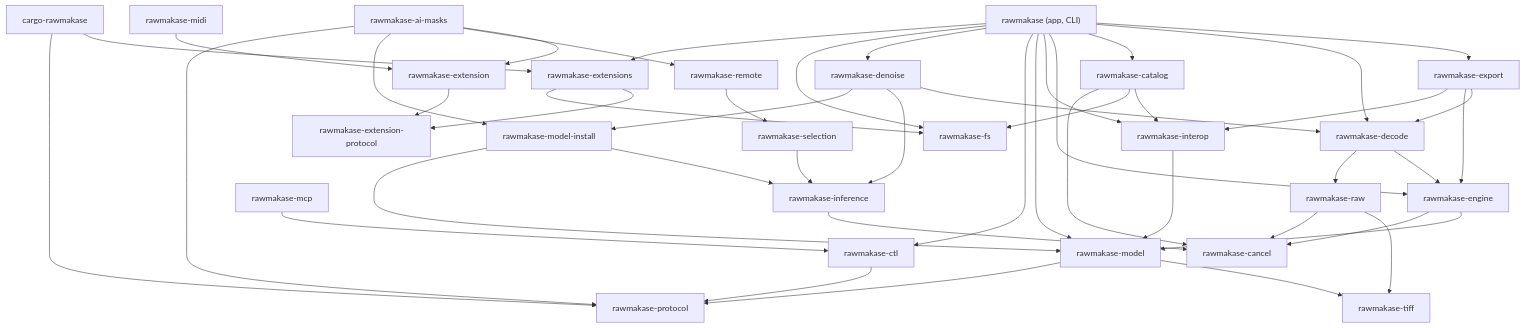
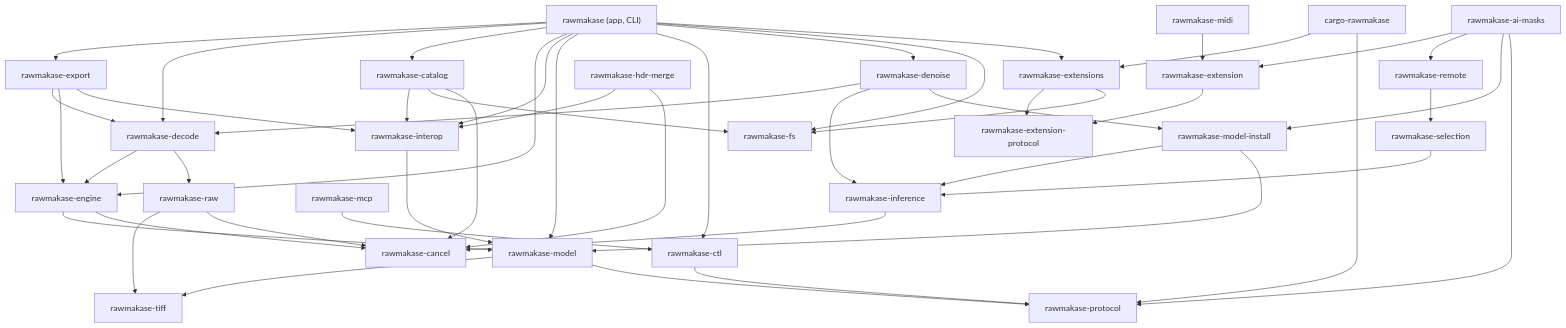
The diagram in docs/architecture.md (pch/rawmakase), drawn with Mermaid before and after one commit. The commit also changed other lines of this file and 14 other files, not shown here.

First line of the commit message:
Add the Merge to HDR crate and its DNG writer

````diff
--- a/docs/architecture.md
+++ b/docs/architecture.md
@@ -15,50 +15,52 @@
 ```mermaid
 flowchart TD
     app["rawmakase (app, CLI)"]
     export[rawmakase-export]
     decode[rawmakase-decode]
     catalog[rawmakase-catalog]
     engine[rawmakase-engine]
     interop[rawmakase-interop]
     model[rawmakase-model]
     raw[rawmakase-raw]
     tiff[rawmakase-tiff]
     cancel[rawmakase-cancel]
     fs[rawmakase-fs]
     protocol[rawmakase-protocol]
     ctl[rawmakase-ctl]
     mcp[rawmakase-mcp]
     remote[rawmakase-remote]
     inference[rawmakase-inference]
     selection[rawmakase-selection]
     modelinstall[rawmakase-model-install]
     denoise[rawmakase-denoise]
     aimasks[rawmakase-ai-masks]
     exthost[rawmakase-extensions]
     extprotocol[rawmakase-extension-protocol]
     sdk[rawmakase-extension]
     cargoext[cargo-rawmakase]
     midi[rawmakase-midi]
+    hdrmerge[rawmakase-hdr-merge]
 
     app --> export & decode & catalog & engine & interop & model
     app --> ctl & denoise & fs & exthost
     denoise --> decode & inference & modelinstall
     export --> decode & engine & interop
+    hdrmerge --> interop & cancel
     decode --> engine & raw
     catalog --> interop & fs & cancel
     engine --> model & cancel
     interop --> model
     model --> tiff & protocol
     raw --> tiff & cancel
     ctl --> protocol
     mcp --> ctl
     remote --> selection
     selection --> inference
     inference --> cancel
     modelinstall --> inference & model
     aimasks --> sdk & remote & modelinstall & protocol
     exthost --> extprotocol & fs
     sdk --> extprotocol
     midi --> sdk
     cargoext --> exthost & protocol
 ```
````
